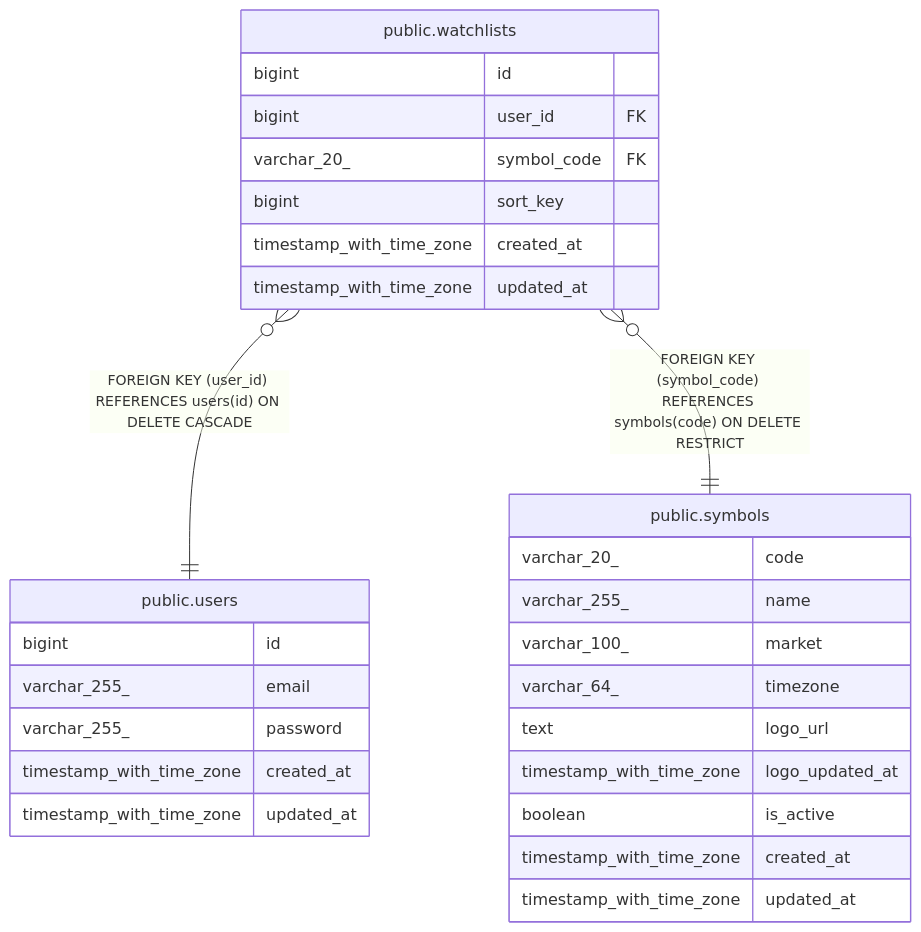
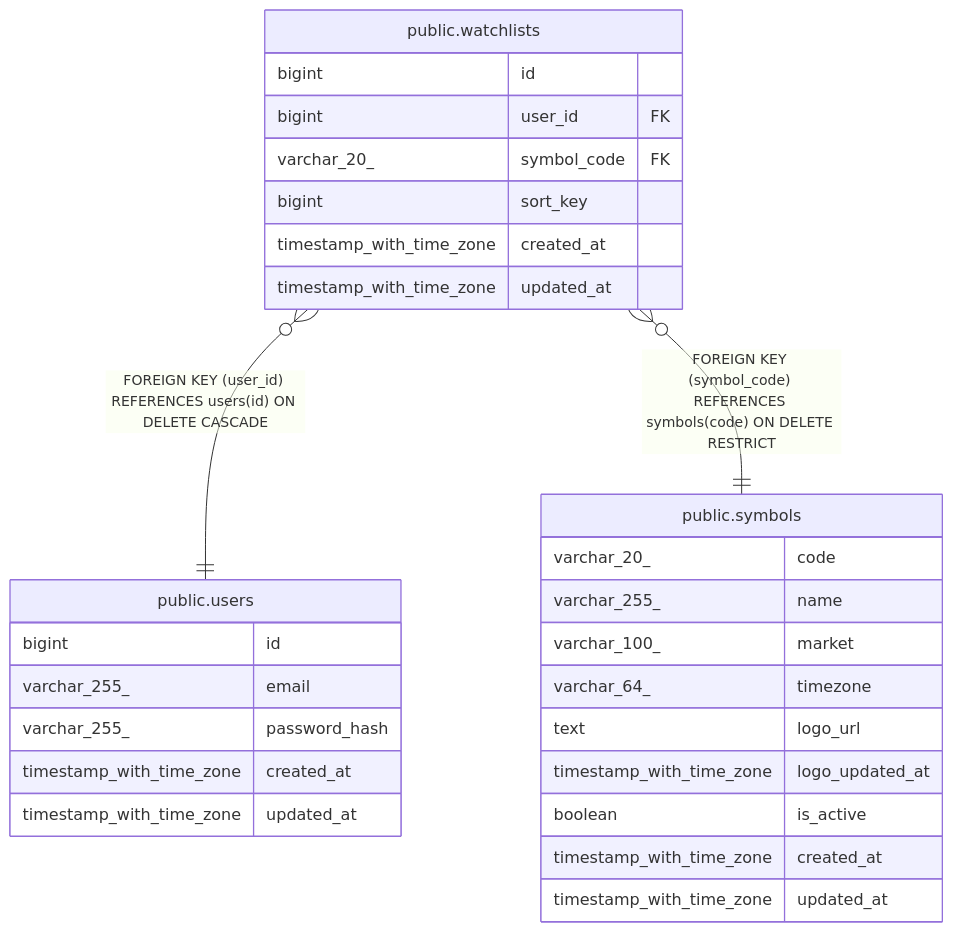
The diagram in docs/schema/public.watchlists.md (UCHIDAnobuhiro/stock-backend), drawn with Mermaid before and after one commit. The commit also changed 5 other files, not shown here.

````diff
--- a/docs/schema/public.watchlists.md
+++ b/docs/schema/public.watchlists.md
@@ -39,33 +39,33 @@
 ```mermaid
 erDiagram
 
 "public.watchlists" }o--|| "public.users" : "FOREIGN KEY (user_id) REFERENCES users(id) ON DELETE CASCADE"
 "public.watchlists" }o--|| "public.symbols" : "FOREIGN KEY (symbol_code) REFERENCES symbols(code) ON DELETE RESTRICT"
 
 "public.watchlists" {
   bigint id ""
   bigint user_id FK ""
   varchar_20_ symbol_code FK ""
   bigint sort_key ""
   timestamp_with_time_zone created_at ""
   timestamp_with_time_zone updated_at ""
 }
 "public.users" {
   bigint id ""
   varchar_255_ email ""
-  varchar_255_ password ""
+  varchar_255_ password_hash ""
   timestamp_with_time_zone created_at ""
   timestamp_with_time_zone updated_at ""
 }
 "public.symbols" {
   varchar_20_ code ""
   varchar_255_ name ""
   varchar_100_ market ""
   varchar_64_ timezone ""
   text logo_url ""
   timestamp_with_time_zone logo_updated_at ""
   boolean is_active ""
   timestamp_with_time_zone created_at ""
   timestamp_with_time_zone updated_at ""
 }
 ```
````
